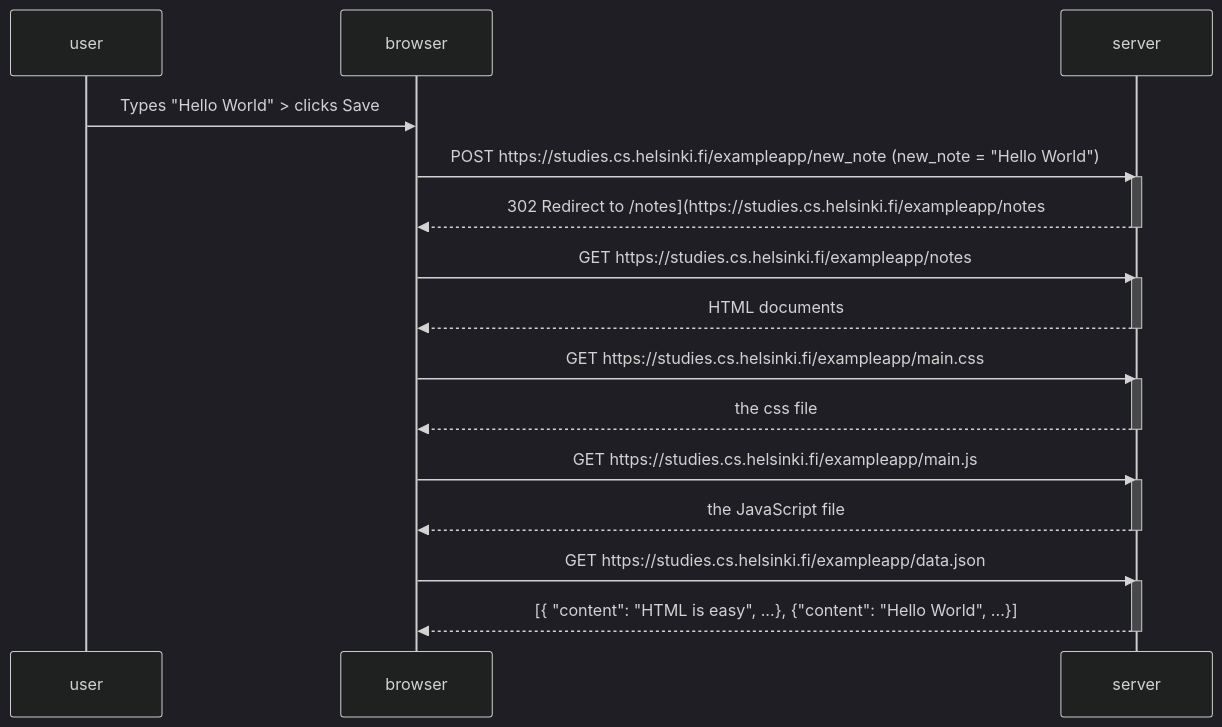
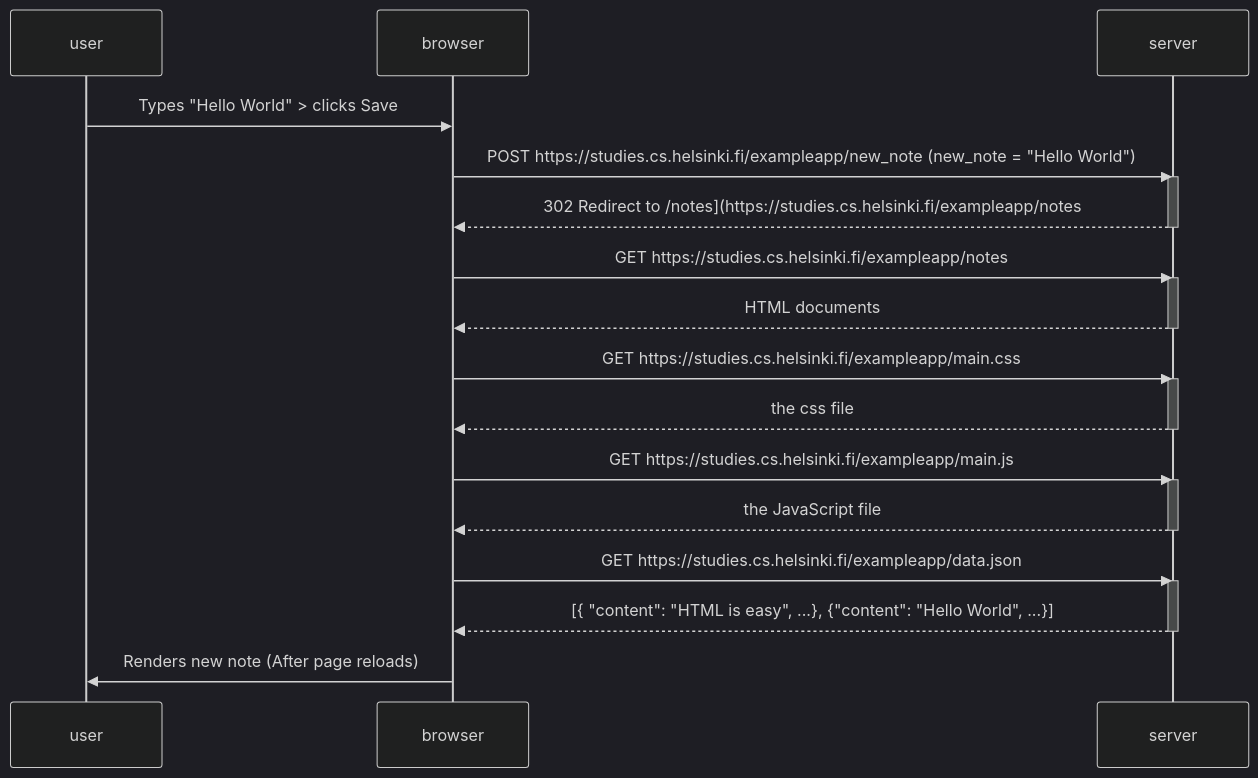
Before and after one commit to Kskx2203/fullStackOpen: the diagram in part0 (0.4-0.6)/0.4.md, drawn with Mermaid (dark theme).

````diff
--- a/part0 (0.4-0.6)/0.4.md
+++ b/part0 (0.4-0.6)/0.4.md
@@ -1,38 +1,40 @@
 ```mermaid
 sequenceDiagram
     participant user
     participant browser
     participant server
 
     user->>browser: Types "Hello World" > clicks Save
     browser->>server: POST https://studies.cs.helsinki.fi/exampleapp/new_note (new_note = "Hello World")
     activate server
     server-->>browser: 302 Redirect to /notes](https://studies.cs.helsinki.fi/exampleapp/notes
     deactivate server
 
     %% Page reloads
     browser->>server: GET https://studies.cs.helsinki.fi/exampleapp/notes
     activate server
     server-->>browser: HTML documents
     deactivate server
 
     browser->>server: GET https://studies.cs.helsinki.fi/exampleapp/main.css
     activate server
     server-->>browser: the css file
     deactivate server
 
     browser->>server: GET https://studies.cs.helsinki.fi/exampleapp/main.js
     activate server
     server-->>browser: the JavaScript file
     deactivate server
 
     %% Javascript fetches updated data
     
     browser->>server: GET https://studies.cs.helsinki.fi/exampleapp/data.json
     activate server
     server-->>browser: [{ "content": "HTML is easy", ...}, {"content": "Hello World", ...}]
     deactivate server
+
+    browser->>user: Renders new note (After page reloads)
     
     %% Browser renders updated notes
     %% Note right of browser: The browser executes the callback function that renders new note ("Hello World")
 ```
````
